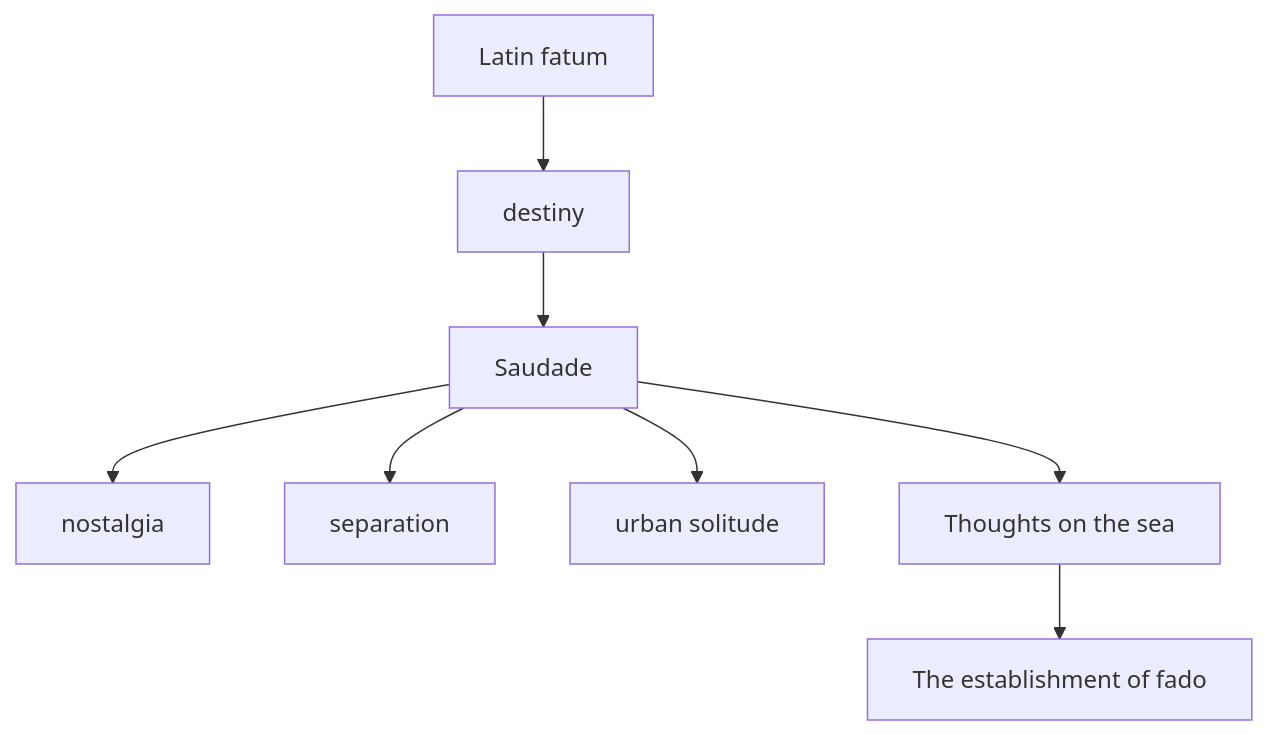
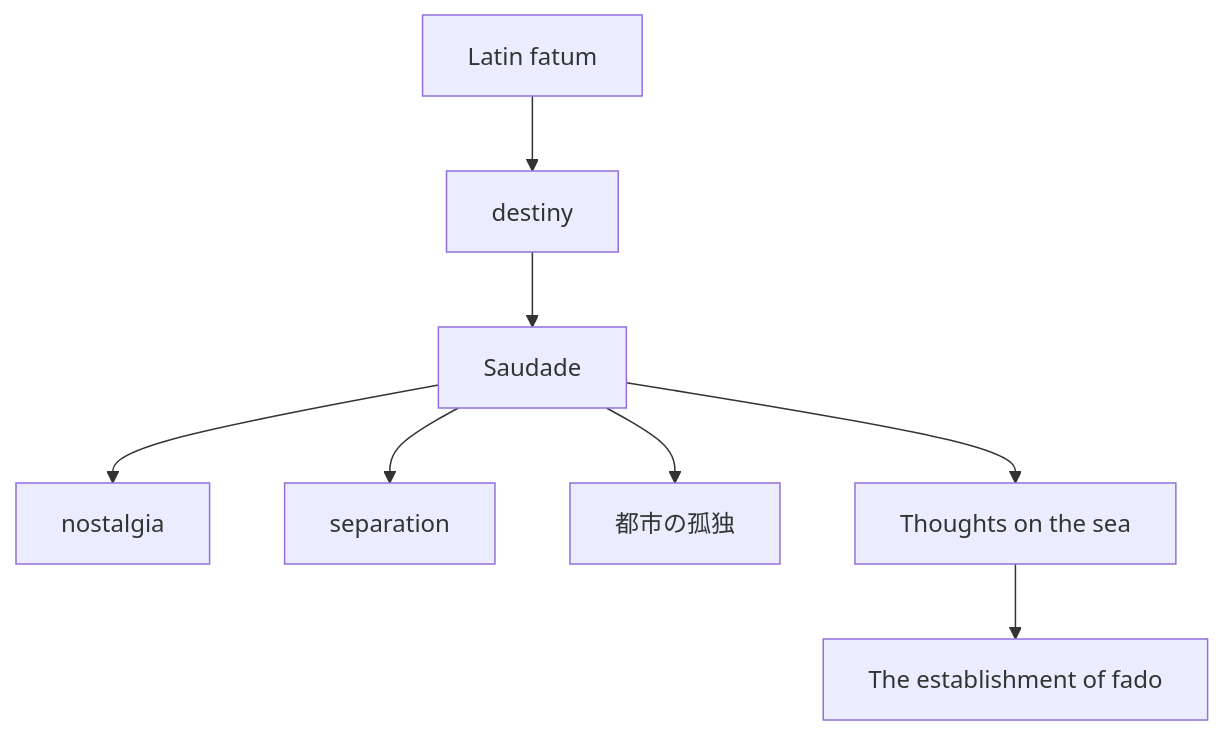
The first of 12 diagrams in en/_posts/2026-05-16-column-fado.md (monumental-movement/monumental-movement.github.io), drawn with Mermaid before and after one commit. The commit also changed other lines of this file and 497 other files, not shown here.

```diff
--- a/en/_posts/2026-05-16-column-fado.md
+++ b/en/_posts/2026-05-16-column-fado.md
@@ -58,10 +58,10 @@
 <div class="mermaid">
 graph TD
 A[Latin fatum] --> B[destiny]
 B --> C[Saudade]
 C --> D[nostalgia]
 C --> E[separation]
-C --> F[urban solitude]
+C --> F[都市の孤独]
 C --> G[Thoughts on the sea]
 G --> H[The establishment of fado]
 </div>
```
